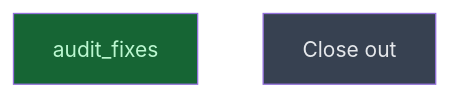
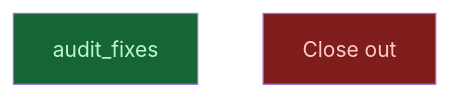
The diagram in __roadmap__/diet/shed/fix/README.md (CrackingShells/Candler), drawn with Mermaid before and after one commit. The commit also changed other lines of this file and 3 other files, not shown here.

````diff
--- a/__roadmap__/diet/shed/fix/README.md
+++ b/__roadmap__/diet/shed/fix/README.md
@@ -17,10 +17,10 @@
 ```mermaid
 graph TD
     audit_fixes[audit_fixes]:::done
-    close[Close out]:::planned
+    close[Close out]:::blocked
     classDef done       fill:#166534,color:#bbf7d0
     classDef inprogress fill:#854d0e,color:#fef08a
     classDef planned    fill:#374151,color:#e5e7eb
     classDef amendment  fill:#1e3a5f,color:#bfdbfe
     classDef blocked    fill:#7f1d1d,color:#fecaca
 ```
````
